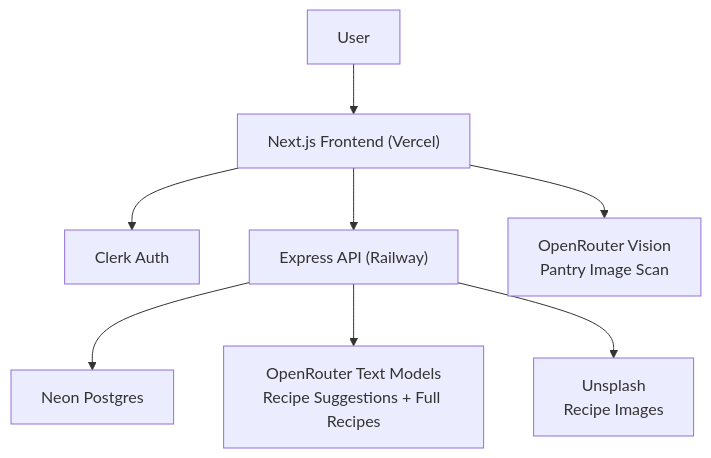
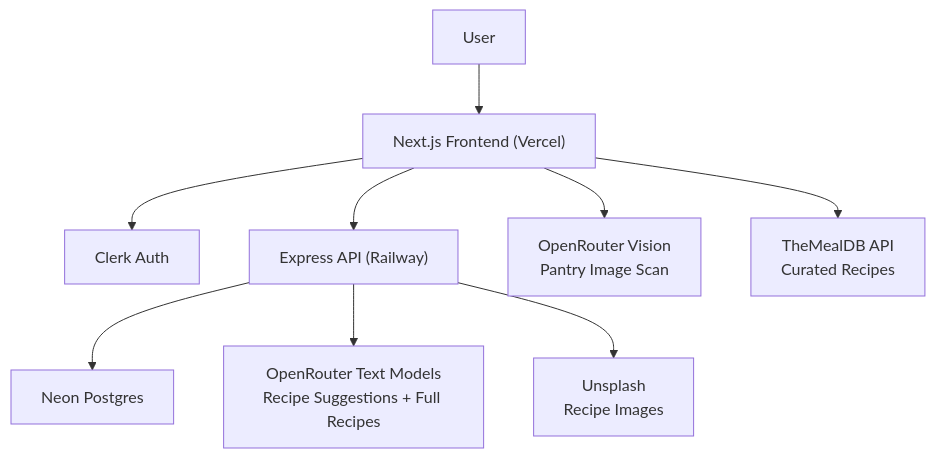
One commit to deepakgudi-pixel/prepai changed the first of 2 diagrams in README.md. Above: the diagram before and after it, drawn with Mermaid. The commit also changed other lines of this file, not shown here.

````diff
--- a/README.md
+++ b/README.md
@@ -20,10 +22,11 @@
 ```mermaid
 graph TD
     A["User"] --> B["Next.js Frontend (Vercel)"]
     B --> C["Clerk Auth"]
     B --> D["Express API (Railway)"]
     B --> E["OpenRouter Vision<br/>Pantry Image Scan"]
-    D --> F["Neon Postgres"]
-    D --> G["OpenRouter Text Models<br/>Recipe Suggestions + Full Recipes"]
-    D --> H["Unsplash<br/>Recipe Images"]
+    B --> F["TheMealDB API<br/>Curated Recipes"]
+    D --> G["Neon Postgres"]
+    D --> H["OpenRouter Text Models<br/>Recipe Suggestions + Full Recipes"]
+    D --> I["Unsplash<br/>Recipe Images"]
 ```
````
